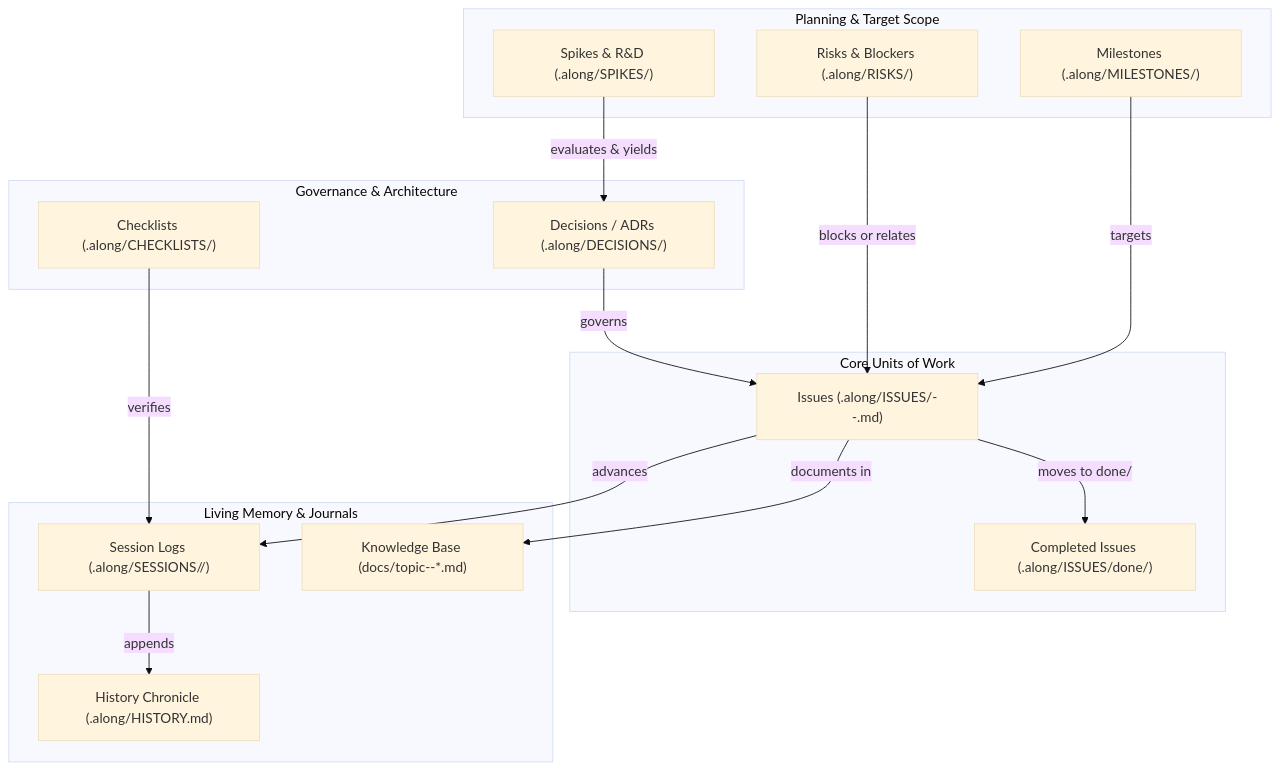
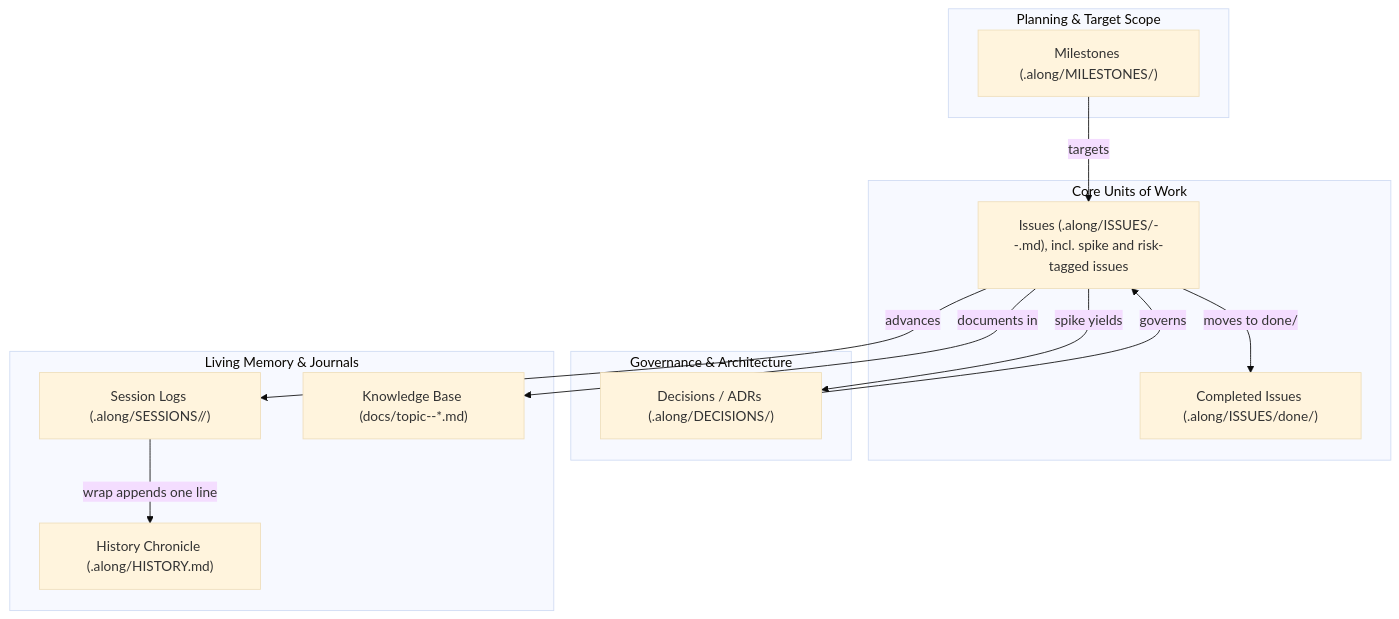
One commit to actdim/along changed the diagram in docs/topic--domain-model.md. Above: the diagram before and after it, drawn with Mermaid (base theme). The commit also changed other lines of this file and 69 other files, not shown here.

````diff
--- a/docs/topic--domain-model.md
+++ b/docs/topic--domain-model.md
@@ -26,34 +26,29 @@
 ```mermaid
 flowchart TD
     subgraph PlanningAndEpics["Planning & Target Scope"]
         MILESTONE["Milestones (.along/MILESTONES/)"]
-        SPIKE["Spikes & R&D (.along/SPIKES/)"]
-        RISK["Risks & Blockers (.along/RISKS/)"]
     end
 
     subgraph CoreUnitsOfWork["Core Units of Work"]
-        ISSUE["Issues (.along/ISSUES/<type>--<slug>.md)"]
+        ISSUE["Issues (.along/ISSUES/<type>--<slug>.md), incl. spike and risk-tagged issues"]
         DONE_ISSUE["Completed Issues (.along/ISSUES/done/)"]
     end
 
     subgraph GovernanceAndQuality["Governance & Architecture"]
         ADR["Decisions / ADRs (.along/DECISIONS/)"]
-        CHECKLIST["Checklists (.along/CHECKLISTS/)"]
     end
 
     subgraph LivingMemory["Living Memory & Journals"]
         SESSION["Session Logs (.along/SESSIONS/<YYYY>/)"]
         HISTORY["History Chronicle (.along/HISTORY.md)"]
         KB["Knowledge Base (docs/topic--*.md)"]
     end
 
     MILESTONE -->|targets| ISSUE
-    SPIKE -->|evaluates & yields| ADR
-    RISK -->|blocks or relates| ISSUE
+    ISSUE -->|spike yields| ADR
     ISSUE -->|moves to done/| DONE_ISSUE
     ISSUE -->|advances| SESSION
     ADR -->|governs| ISSUE
-    CHECKLIST -->|verifies| SESSION
-    SESSION -->|appends| HISTORY
+    SESSION -->|wrap appends one line| HISTORY
     ISSUE -->|documents in| KB
 ```
````
